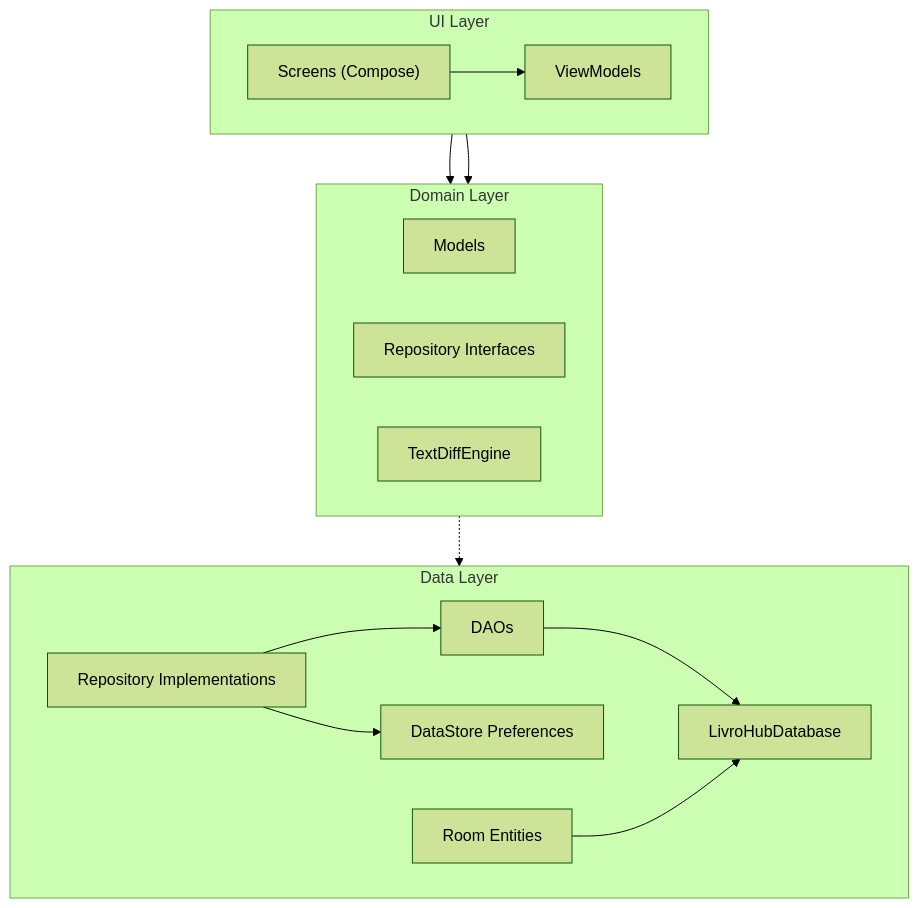
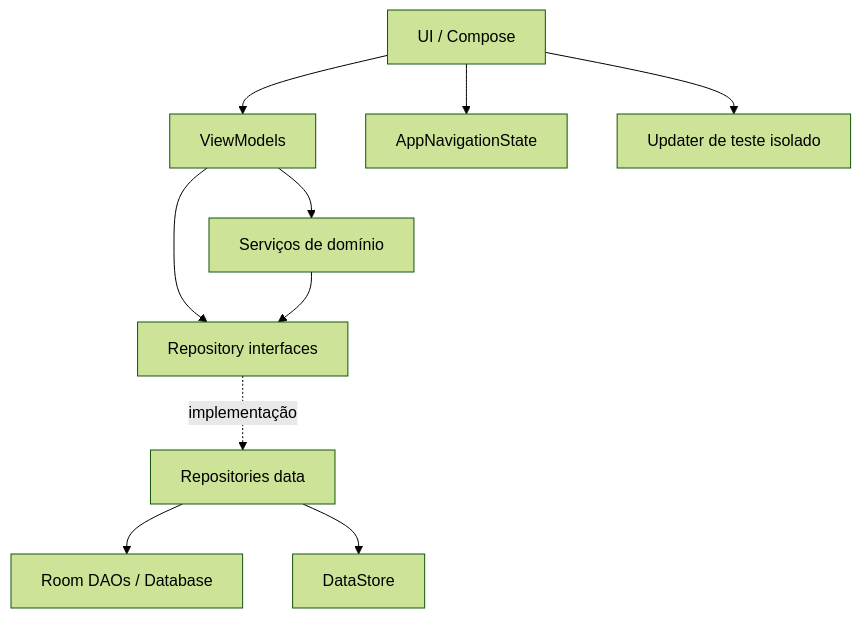
Before and after one commit to TomikantGit/Freeferbook2: the first of 2 diagrams in ARCHITECTURE.md, drawn with Mermaid (forest theme). The commit also changed other lines of this file and 32 other files, not shown here.

````diff
--- a/ARCHITECTURE.md
+++ b/ARCHITECTURE.md
@@ -25,33 +18,12 @@
 ```mermaid
 graph TB
-    subgraph UI["UI Layer"]
-        direction LR
-        Screens["Screens (Compose)"]
-        ViewModels["ViewModels"]
-    end
-
-    subgraph Domain["Domain Layer"]
-        direction LR
-        Models["Models"]
-        RepoInterfaces["Repository Interfaces"]
-        DiffEngine["TextDiffEngine"]
-    end
-
-    subgraph Data["Data Layer"]
-        direction LR
-        RepoImpl["Repository Implementations"]
-        DAOs["DAOs"]
-        Entities["Room Entities"]
-        DB["LivroHubDatabase"]
-        DataStore["DataStore Preferences"]
-    end
-
-    Screens --> ViewModels
-    ViewModels --> RepoInterfaces
-    ViewModels --> DiffEngine
-    RepoInterfaces -.-> RepoImpl
-    RepoImpl --> DAOs
-    RepoImpl --> DataStore
-    DAOs --> DB
-    Entities --> DB
+    UI["UI / Compose"] --> VM["ViewModels"]
+    UI --> NAV["AppNavigationState"]
+    VM --> DOMAIN["Serviços de domínio"]
+    VM --> REPO["Repository interfaces"]
+    DOMAIN --> REPO
+    REPO -. implementação .-> DATA["Repositories data"]
+    DATA --> ROOM["Room DAOs / Database"]
+    DATA --> DS["DataStore"]
+    UI --> UPDATE["Updater de teste isolado"]
 ```
````
